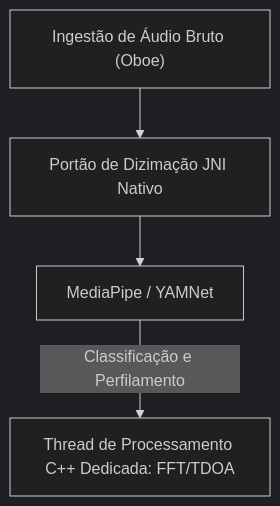
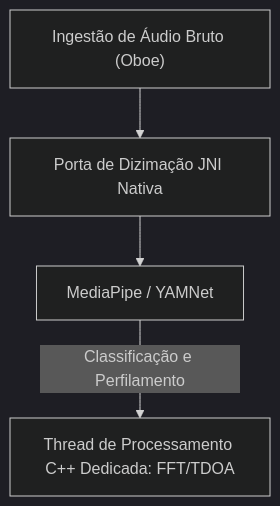
One commit to rpalm01-star/VigilantEarLegal changed the diagram in AREADME_pt-BR.md. Above: the diagram before and after it, drawn with Mermaid (dark theme). The commit also changed other lines of this file and 7 other files, not shown here.

````diff
--- a/AREADME_pt-BR.md
+++ b/AREADME_pt-BR.md
@@ -39,6 +43,6 @@
 ```mermaid
 graph TD
-    A["Ingestão de Áudio Bruto (Oboe)"] --> B["Portão de Dizimação JNI Nativo"]
+    A["Ingestão de Áudio Bruto (Oboe)"] --> B["Porta de Dizimação JNI Nativa"]
     B --> C["MediaPipe / YAMNet"]
     C -- "Classificação e Perfilamento" --> D["Thread de Processamento C++ Dedicada: FFT/TDOA"]
 ```
````
